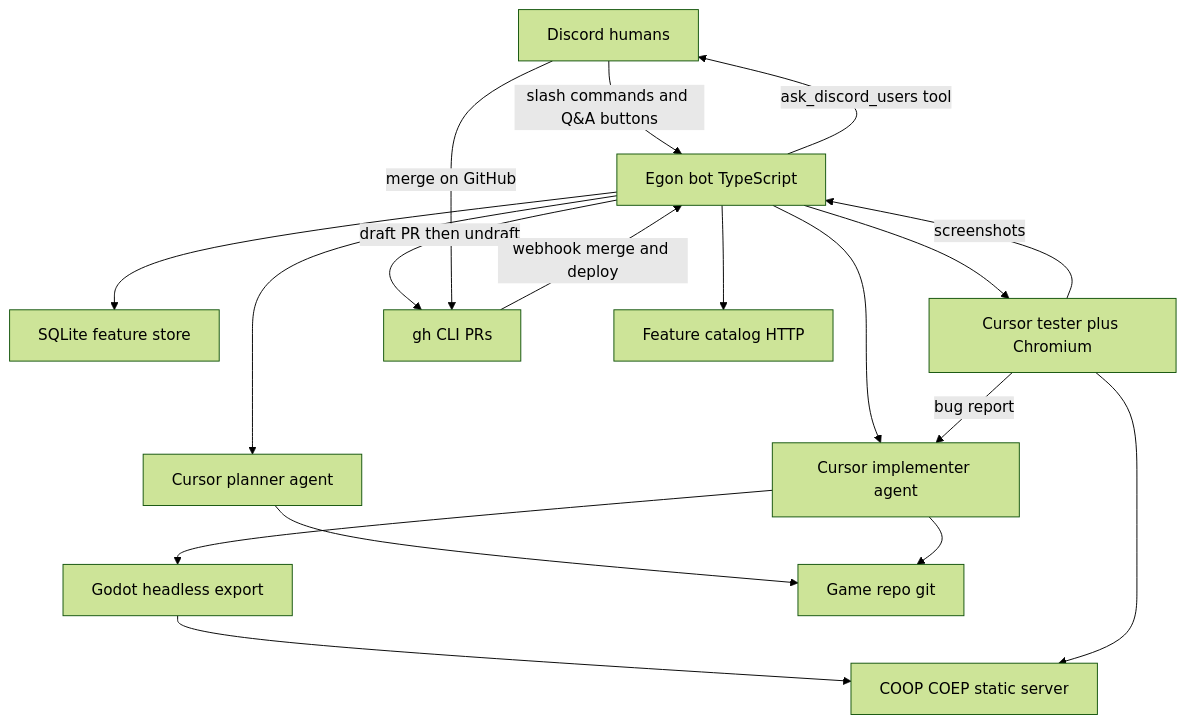
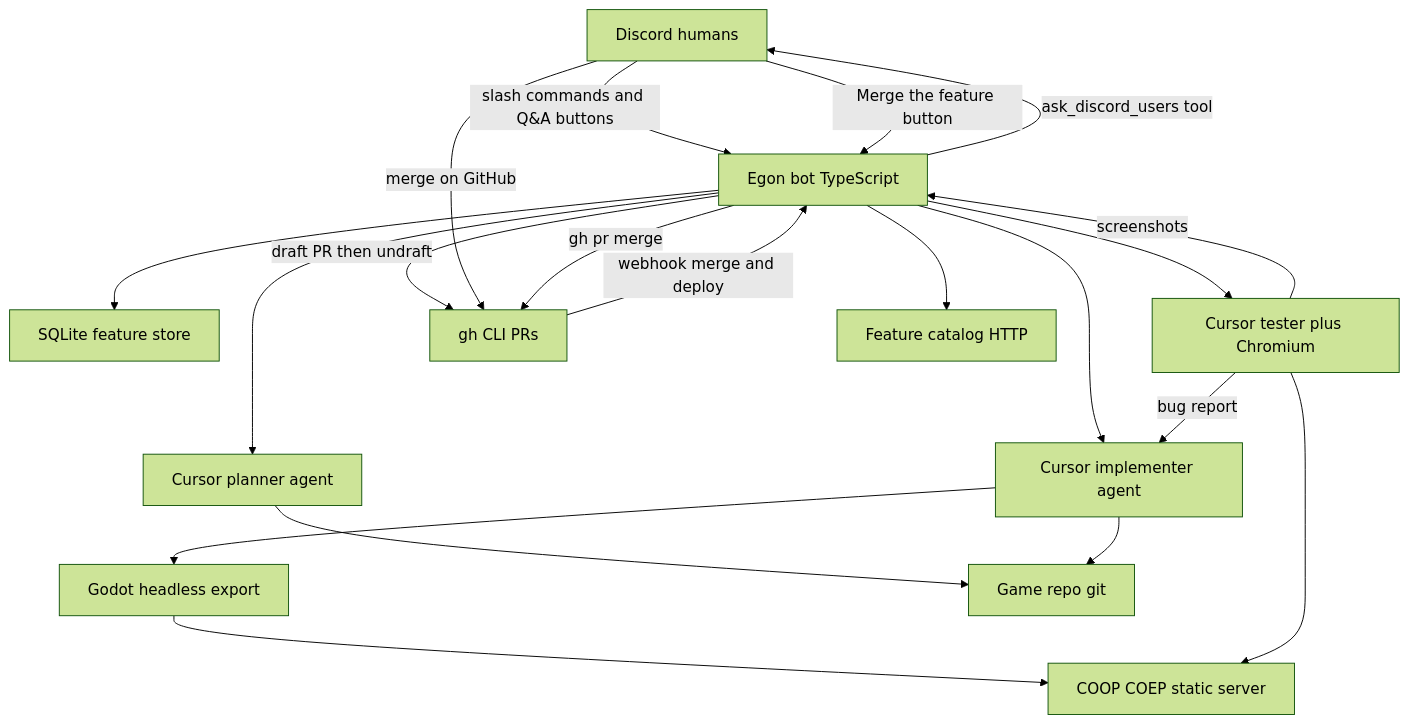
Before and after one commit to mbuelowdev/egon-bot: the diagram in docs/egon/SPEC.md, drawn with Mermaid (forest theme). The commit also changed other lines of this file and 25 other files, not shown here.

````diff
--- a/docs/egon/SPEC.md
+++ b/docs/egon/SPEC.md
@@ -19,32 +19,34 @@
 ```mermaid
 flowchart TD
   humans[Discord humans]
   bot[Egon bot TypeScript]
   store[SQLite feature store]
   planner[Cursor planner agent]
   impl[Cursor implementer agent]
   godot[Godot headless export]
   serve[COOP COEP static server]
   tester[Cursor tester plus Chromium]
   git[Game repo git]
   gh[gh CLI PRs]
   catalog[Feature catalog HTTP]
 
   humans -->|slash commands and Q&A buttons| bot
   bot --> store
   bot -->|ask_discord_users tool| humans
   bot --> planner
   planner --> git
   bot -->|draft PR then undraft| gh
   bot --> impl
   impl --> git
   impl --> godot
   godot --> serve
   bot --> tester
   tester --> serve
   tester -->|bug report| impl
   tester -->|screenshots| bot
   bot --> catalog
   gh -->|webhook merge and deploy| bot
   humans -->|merge on GitHub| gh
+  humans -->|Merge the feature button| bot
+  bot -->|gh pr merge| gh
 ```
````
